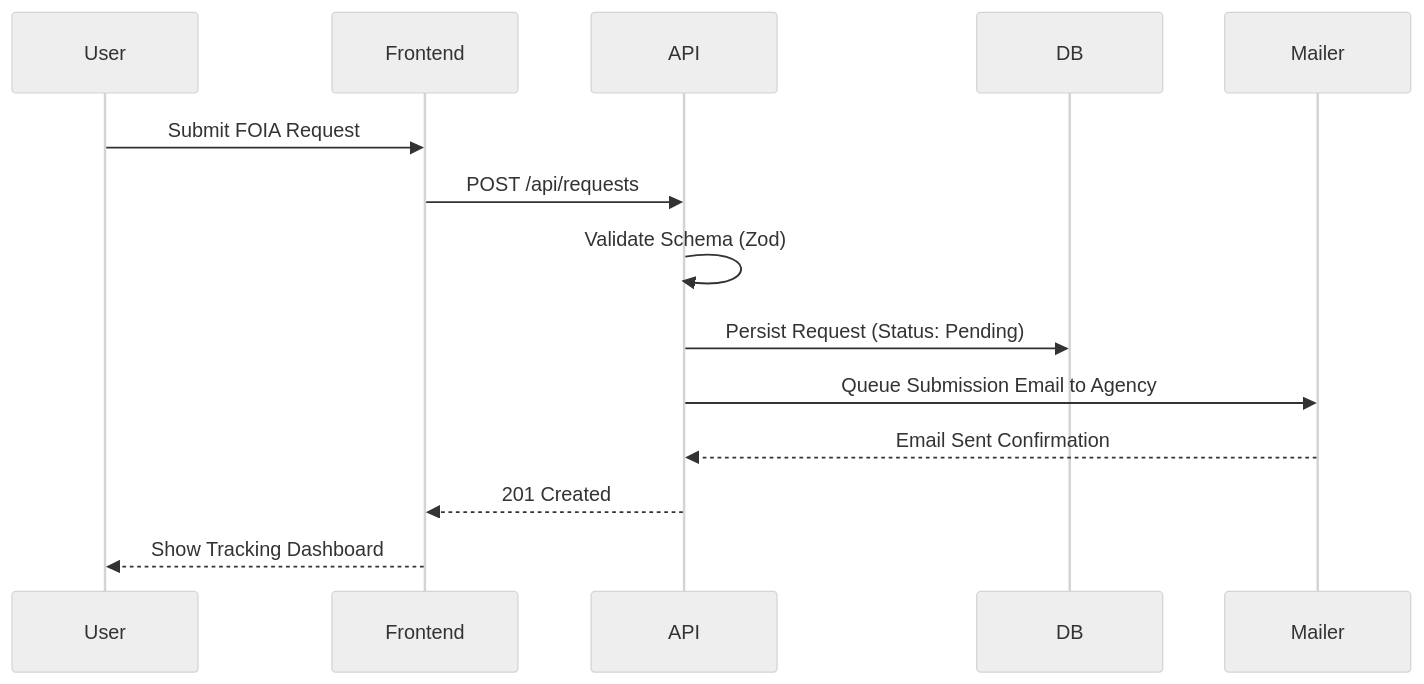
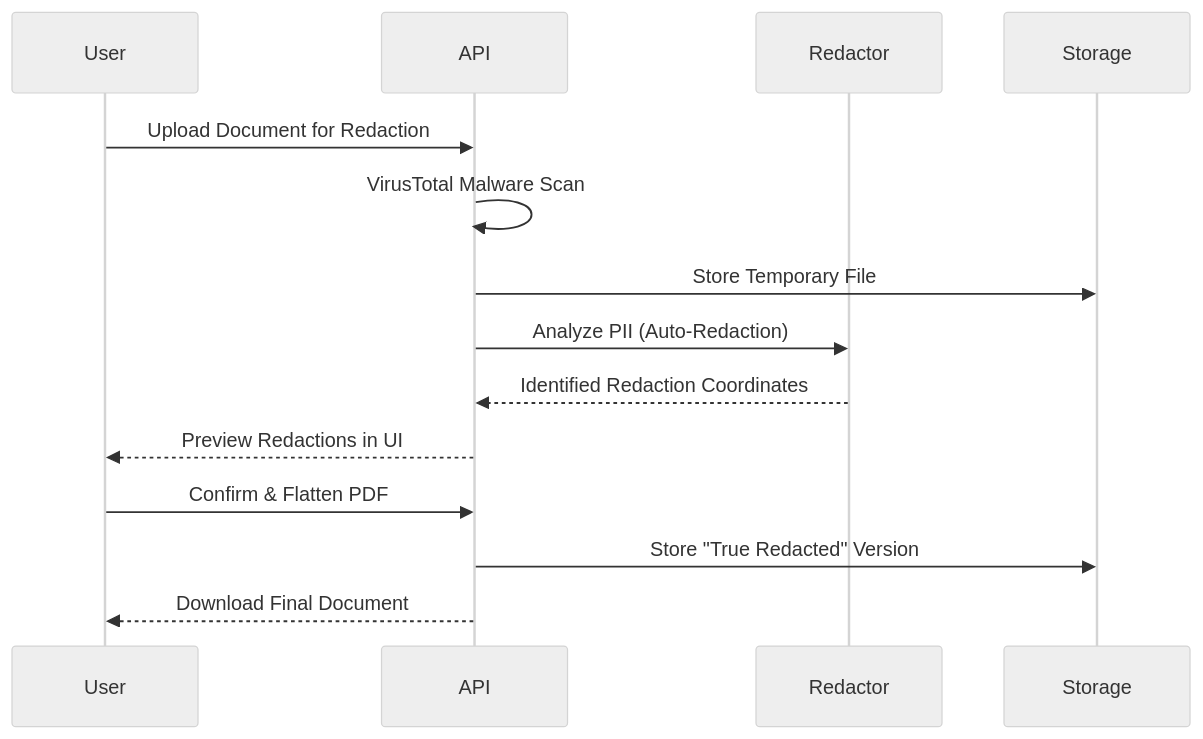
Before and after one commit to WomB0ComB0/foia-stream: the second of 2 diagrams in README.md, drawn with Mermaid (neutral theme). The commit also changed other lines of this file, not shown here.

````diff
--- a/README.md
+++ b/README.md
@@ -144,17 +116,17 @@
 ```mermaid
 sequenceDiagram
     participant User
-    participant Frontend
     participant API
-    participant DB
-    participant Mailer
+    participant Redactor
+    participant Storage
 
-    User->>Frontend: Submit FOIA Request
-    Frontend->>API: POST /api/requests
-    API->>API: Validate Schema (Zod)
-    API->>DB: Persist Request (Status: Pending)
-    API->>Mailer: Queue Submission Email to Agency
-    Mailer-->>API: Email Sent Confirmation
-    API-->>Frontend: 201 Created
-    Frontend-->>User: Show Tracking Dashboard
+    User->>API: Upload Document for Redaction
+    API->>API: VirusTotal Malware Scan
+    API->>Storage: Store Temporary File
+    API->>Redactor: Analyze PII (Auto-Redaction)
+    Redactor-->>API: Identified Redaction Coordinates
+    API-->>User: Preview Redactions in UI
+    User->>API: Confirm & Flatten PDF
+    API->>Storage: Store "True Redacted" Version
+    API-->>User: Download Final Document
 ```
````
